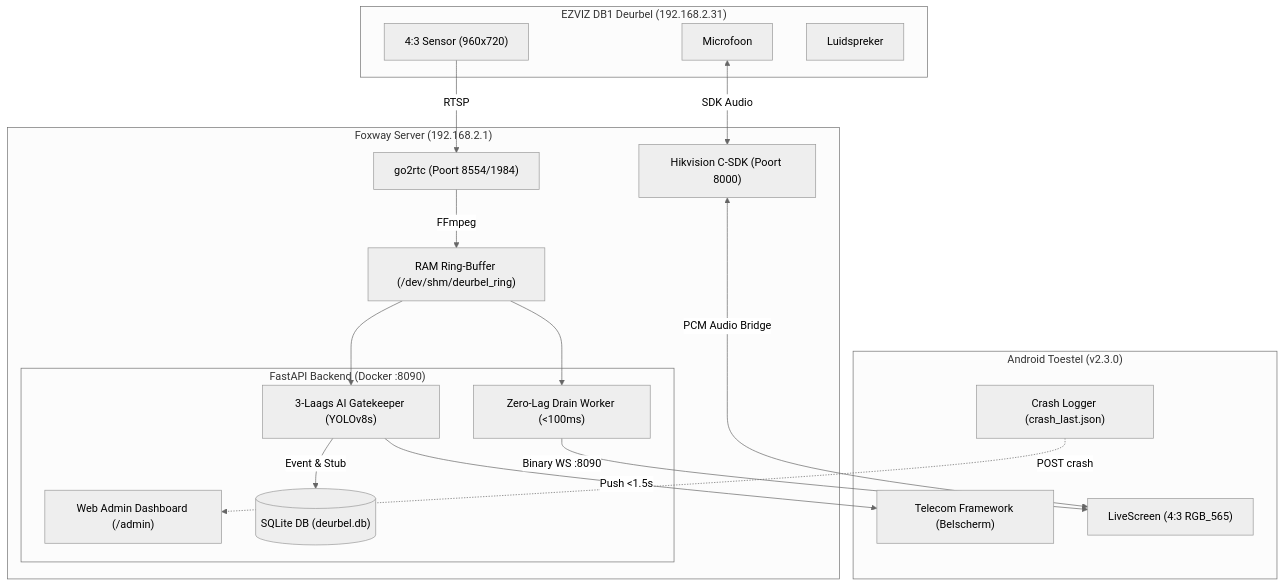
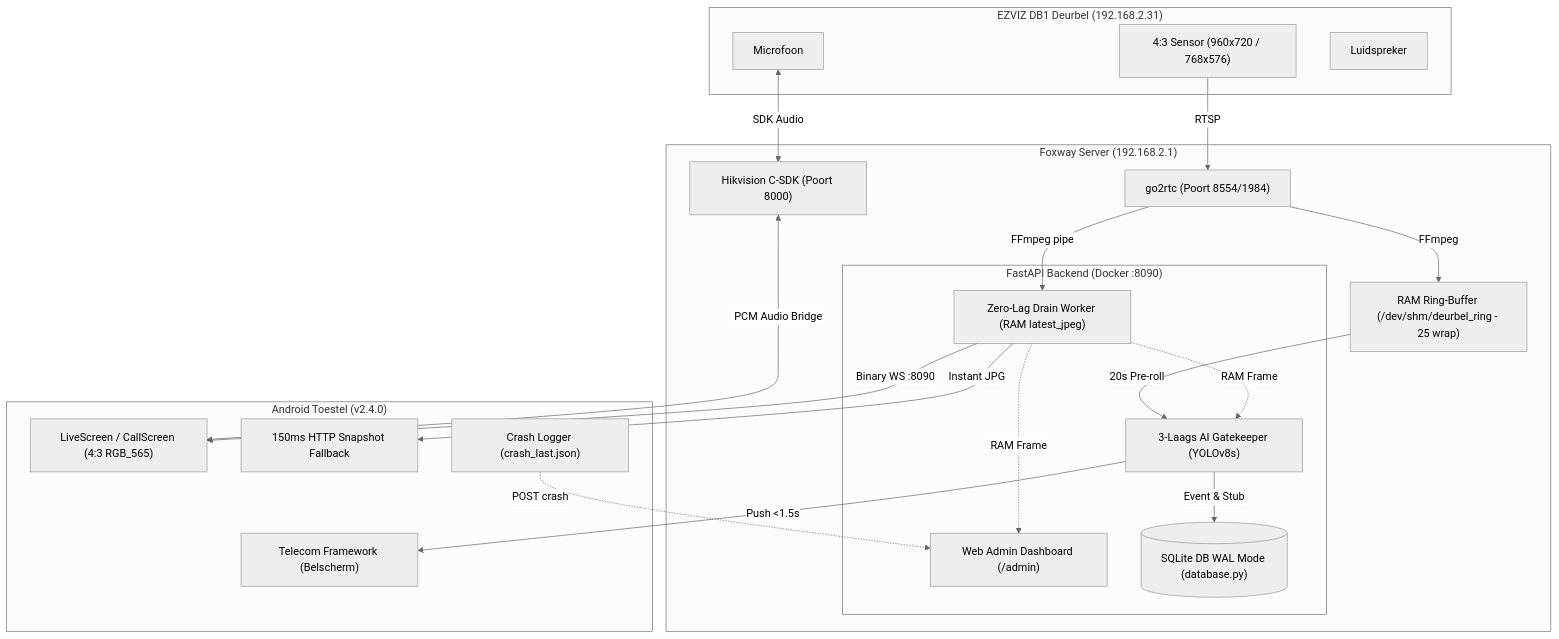
The diagram in docs/ARCHITECTURE.md (foxway-nl/deurbel), drawn with Mermaid (neutral theme) before and after one commit. The commit also changed other lines of this file and 18 other files, not shown here.

Commit message:
feat(release): v2.4.0 - restore live video feed, SQLite WAL concurrency, 20s pre-roll & HTTP stream fallback

````diff
--- a/docs/ARCHITECTURE.md
+++ b/docs/ARCHITECTURE.md
@@ -9,41 +9,45 @@
 ```mermaid
 flowchart TD
     subgraph Camera ["EZVIZ DB1 Deurbel (192.168.2.31)"]
-        CamSensor["4:3 Sensor (960x720)"]
+        CamSensor["4:3 Sensor (960x720 / 768x576)"]
         CamMic["Microfoon"]
         CamSpk["Luidspreker"]
     end
 
     subgraph Server ["Foxway Server (192.168.2.1)"]
         RTSP["go2rtc (Poort 8554/1984)"]
         SDK["Hikvision C-SDK (Poort 8000)"]
-        RingBuffer["RAM Ring-Buffer (/dev/shm/deurbel_ring)"]
+        RingBuffer["RAM Ring-Buffer (/dev/shm/deurbel_ring - 25 wrap)"]
         
         subgraph Backend ["FastAPI Backend (Docker :8090)"]
-            LiveDrain["Zero-Lag Drain Worker (<100ms)"]
+            LiveDrain["Zero-Lag Drain Worker (RAM latest_jpeg)"]
             Gatekeeper["3-Laags AI Gatekeeper (YOLOv8s)"]
             AdminUI["Web Admin Dashboard (/admin)"]
-            SQLite[("SQLite DB (deurbel.db)")]
+            SQLite[("SQLite DB WAL Mode (database.py)")]
         end
     end
 
-    subgraph Client ["Android Toestel (v2.3.0)"]
+    subgraph Client ["Android Toestel (v2.4.0)"]
         Telecom["Telecom Framework (Belscherm)"]
-        LiveView["LiveScreen (4:3 RGB_565)"]
+        LiveView["LiveScreen / CallScreen (4:3 RGB_565)"]
+        HTTPFallback["150ms HTTP Snapshot Fallback"]
         CrashHandler["Crash Logger (crash_last.json)"]
     end
 
     CamSensor -->|RTSP| RTSP
     RTSP -->|FFmpeg| RingBuffer
-    RingBuffer --> LiveDrain
+    RTSP -->|FFmpeg pipe| LiveDrain
     LiveDrain -->|Binary WS :8090| LiveView
+    LiveDrain -->|Instant JPG| HTTPFallback
+    LiveDrain -.->|RAM Frame| Gatekeeper
+    LiveDrain -.->|RAM Frame| AdminUI
     
     CamMic <-->|SDK Audio| SDK
     SDK <-->|PCM Audio Bridge| LiveView
     
-    RingBuffer --> Gatekeeper
+    RingBuffer -->|20s Pre-roll| Gatekeeper
     Gatekeeper -->|Event & Stub| SQLite
     Gatekeeper -->|Push <1.5s| Telecom
     
     CrashHandler -.->|POST crash| AdminUI
 ```
````
